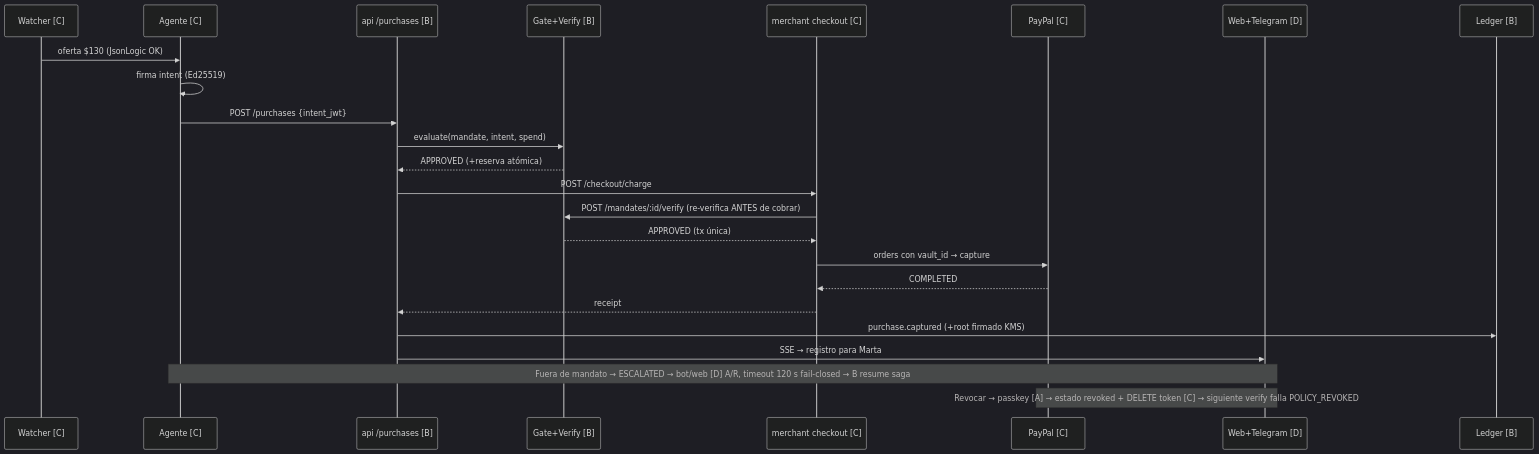
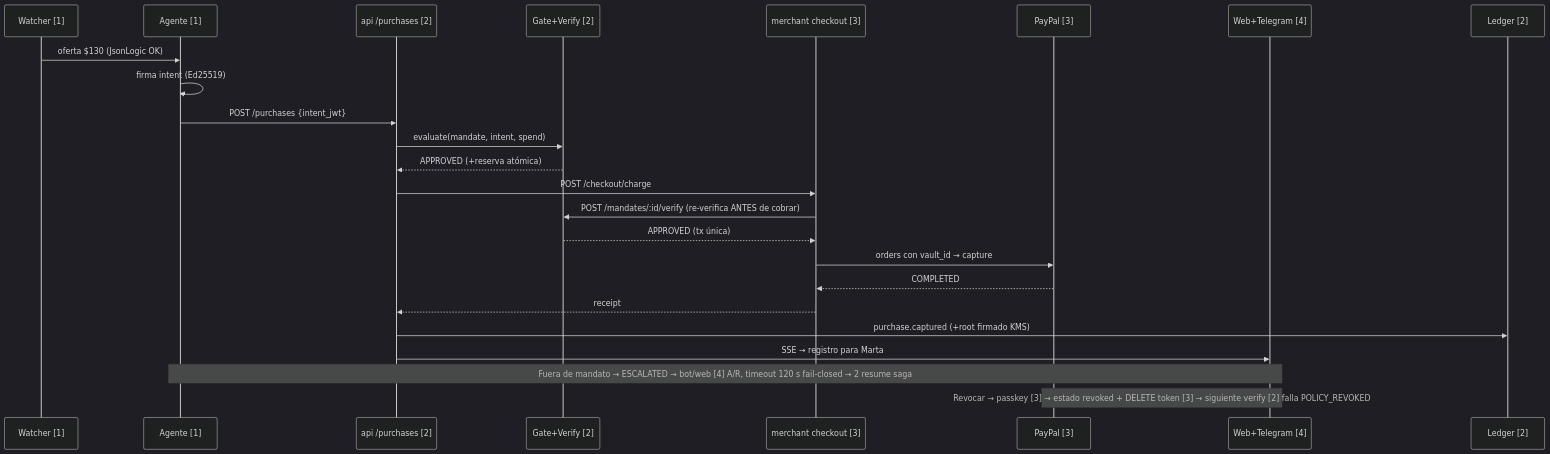
Before and after one commit to Yosoyepa/trystrus2: the third of 3 diagrams in aval/docs/PLAN-PARALELO.md, drawn with Mermaid (dark theme). The commit also changed other lines of this file and 20 other files, not shown here.

````diff
--- a/aval/docs/PLAN-PARALELO.md
+++ b/aval/docs/PLAN-PARALELO.md
@@ -331,27 +302,27 @@
 ```mermaid
 sequenceDiagram
-    participant W as Watcher [C]
-    participant AG as Agente [C]
-    participant API as api /purchases [B]
-    participant G as Gate+Verify [B]
-    participant MER as merchant checkout [C]
-    participant PP as PayPal [C]
-    participant UI as Web+Telegram [D]
-    participant L as Ledger [B]
+    participant W as Watcher [1]
+    participant AG as Agente [1]
+    participant API as api /purchases [2]
+    participant G as Gate+Verify [2]
+    participant MER as merchant checkout [3]
+    participant PP as PayPal [3]
+    participant UI as Web+Telegram [4]
+    participant L as Ledger [2]
 
     W->>AG: oferta $130 (JsonLogic OK)
     AG->>AG: firma intent (Ed25519)
     AG->>API: POST /purchases {intent_jwt}
     API->>G: evaluate(mandate, intent, spend)
     G-->>API: APPROVED (+reserva atómica)
     API->>MER: POST /checkout/charge
     MER->>G: POST /mandates/:id/verify (re-verifica ANTES de cobrar)
     G-->>MER: APPROVED (tx única)
     MER->>PP: orders con vault_id → capture
     PP-->>MER: COMPLETED
     MER-->>API: receipt
     API->>L: purchase.captured (+root firmado KMS)
     API->>UI: SSE → registro para Marta
-    Note over AG,UI: Fuera de mandato → ESCALATED → bot/web [D] A/R, timeout 120 s fail-closed → B resume saga
-    Note over UI,PP: Revocar → passkey [A] → estado revoked + DELETE token [C] → siguiente verify falla POLICY_REVOKED
+    Note over AG,UI: Fuera de mandato → ESCALATED → bot/web [4] A/R, timeout 120 s fail-closed → 2 resume saga
+    Note over UI,PP: Revocar → passkey [3] → estado revoked + DELETE token [3] → siguiente verify [2] falla POLICY_REVOKED
 ```
````
